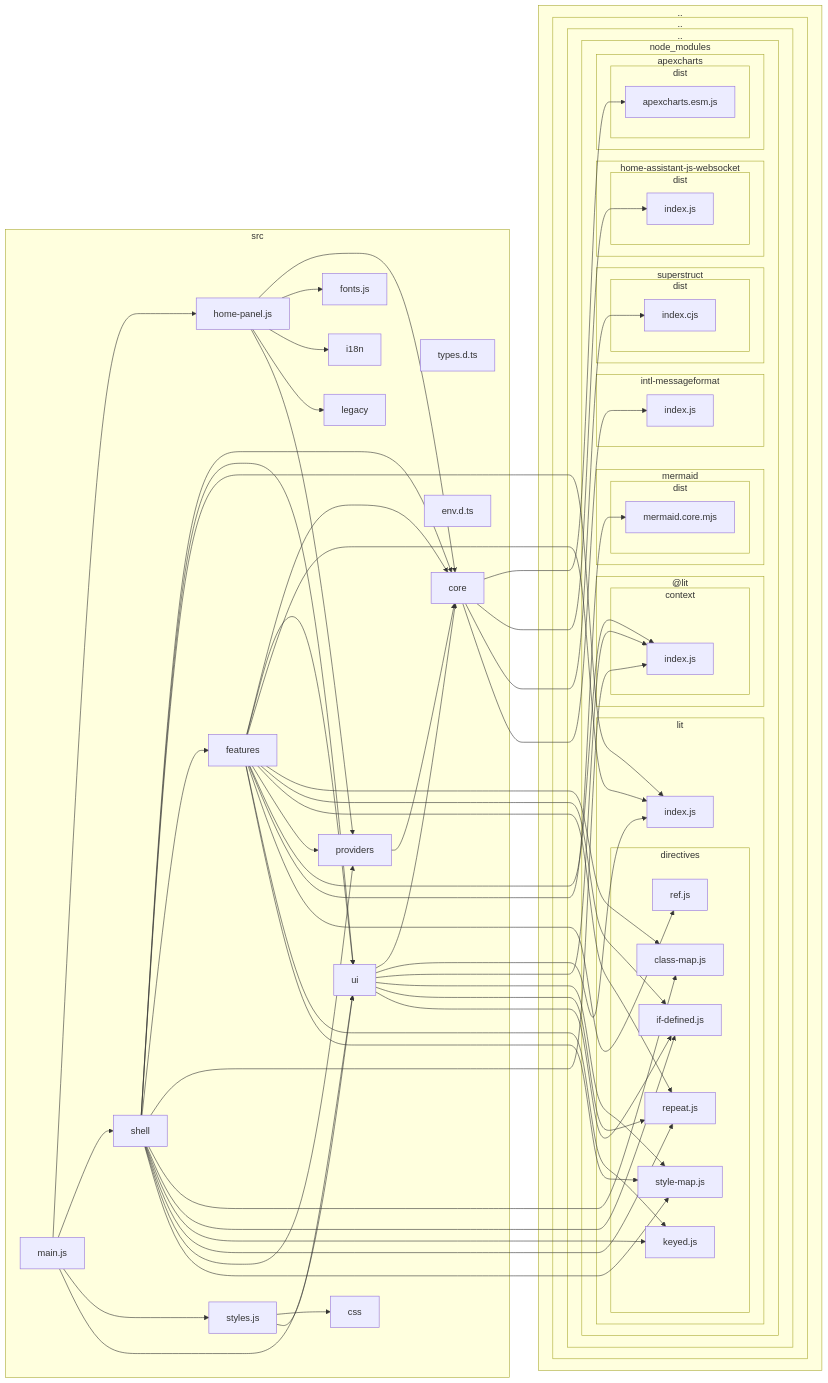
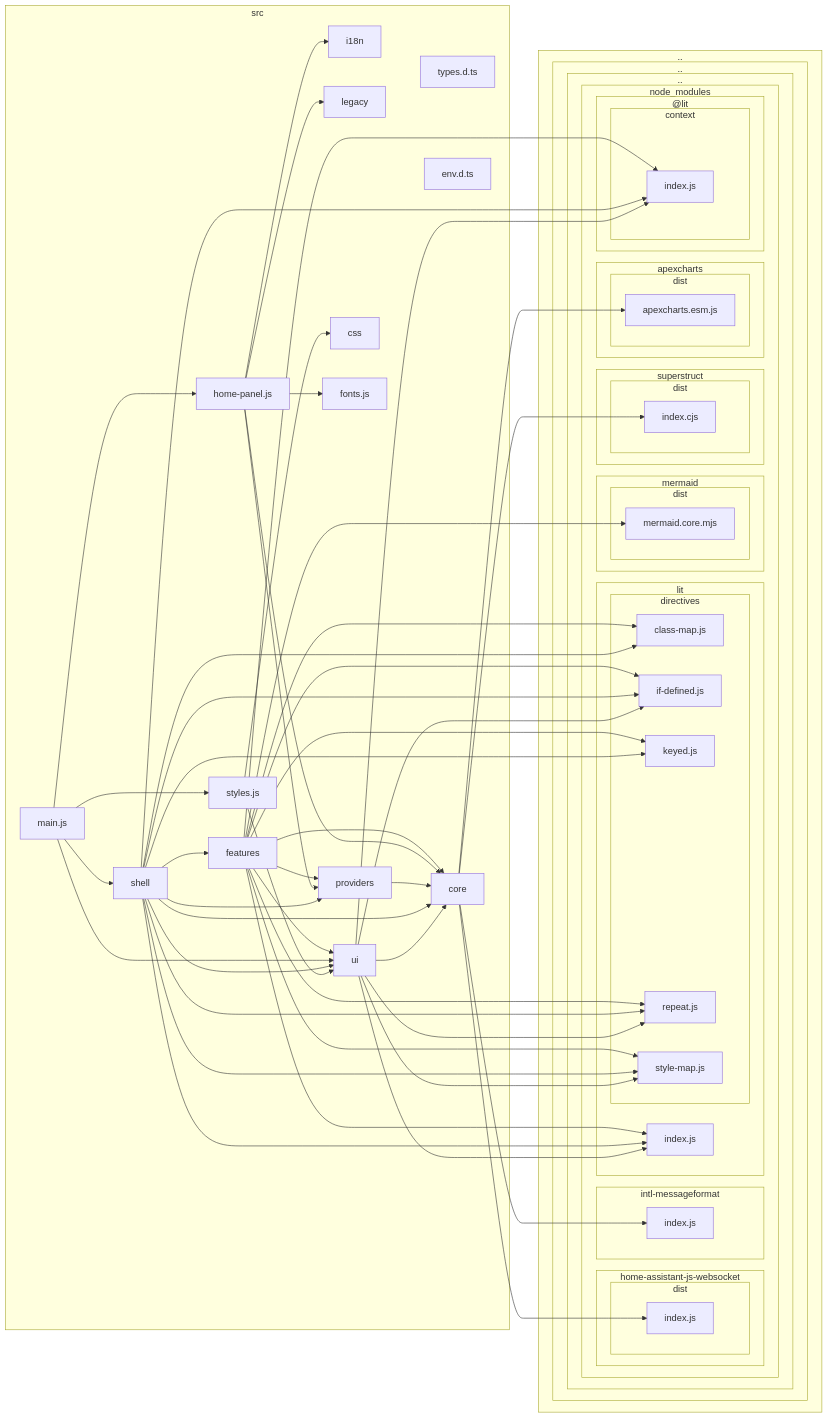
Before and after one commit to pldelisle/ha-home-panel: the diagram in docs/architecture/dependency-graph.md, drawn with Mermaid. The commit also changed 18 other files, not shown here.

````diff
--- a/docs/architecture/dependency-graph.md
+++ b/docs/architecture/dependency-graph.md
@@ -32,85 +32,83 @@
 H["class-map.js"]
 I["if-defined.js"]
 J["keyed.js"]
-K["ref.js"]
-L["repeat.js"]
-M["style-map.js"]
+K["repeat.js"]
+L["style-map.js"]
 end
-N["index.js"]
+M["index.js"]
 end
-subgraph O["mermaid"]
-subgraph P["dist"]
-Q["mermaid.core.mjs"]
+subgraph N["mermaid"]
+subgraph O["dist"]
+P["mermaid.core.mjs"]
 end
 end
-subgraph R["superstruct"]
-subgraph S["dist"]
-T["index.cjs"]
+subgraph Q["superstruct"]
+subgraph R["dist"]
+S["index.cjs"]
 end
 end
 end
 end
 end
 end
-subgraph U["src"]
-V["core"]
-W["css"]
-X["env.d.ts"]
-Y["features"]
-Z["fonts.js"]
-10["home-panel.js"]
-11["i18n"]
-12["legacy"]
-13["main.js"]
-14["providers"]
-15["shell"]
-16["styles.js"]
-17["types.d.ts"]
-18["ui"]
+subgraph T["src"]
+U["core"]
+V["css"]
+W["env.d.ts"]
+X["features"]
+Y["fonts.js"]
+Z["home-panel.js"]
+10["i18n"]
+11["legacy"]
+12["main.js"]
+13["providers"]
+14["shell"]
+15["styles.js"]
+16["types.d.ts"]
+17["ui"]
 end
-V-->9
-V-->C
-V-->T
-V-->E
-Y-->V
-Y-->18
-Y-->N
-Y-->H
-Y-->I
-Y-->L
-Y-->14
-Y-->6
-Y-->Q
-Y-->K
-Y-->J
-Y-->M
-10-->V
-10-->Z
-10-->11
-10-->12
-10-->14
-13-->10
-13-->15
-13-->16
-13-->18
-14-->V
+U-->9
+U-->C
+U-->S
+U-->E
+X-->17
+X-->M
+X-->H
+X-->I
+X-->K
+X-->U
+X-->13
+X-->6
+X-->P
+X-->J
+X-->L
+Z-->U
+Z-->Y
+Z-->10
+Z-->11
+Z-->13
+12-->Z
+12-->14
+12-->15
+12-->17
+13-->U
+14-->U
+14-->17
+14-->M
+14-->X
+14-->6
+14-->H
+14-->I
+14-->J
+14-->K
+14-->L
+14-->13
 15-->V
-15-->18
-15-->N
-15-->Y
-15-->6
-15-->H
-15-->I
-15-->J
-15-->L
-15-->14
-15-->M
-16-->W
-16-->18
-18-->V
-18-->N
-18-->6
-18-->M
-18-->L
-18-->I
+15-->17
+17-->6
+17-->M
+17-->U
+17-->K
+17-->L
+17-->I
 ```
````
